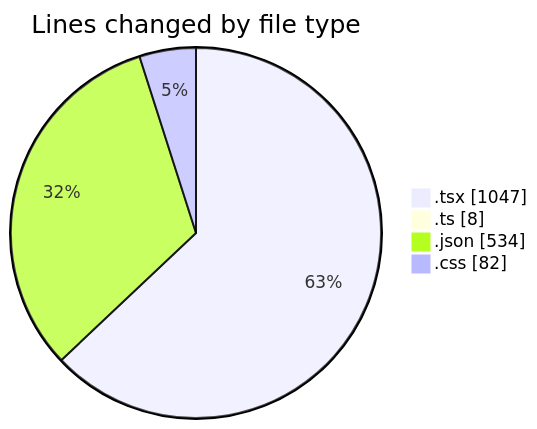
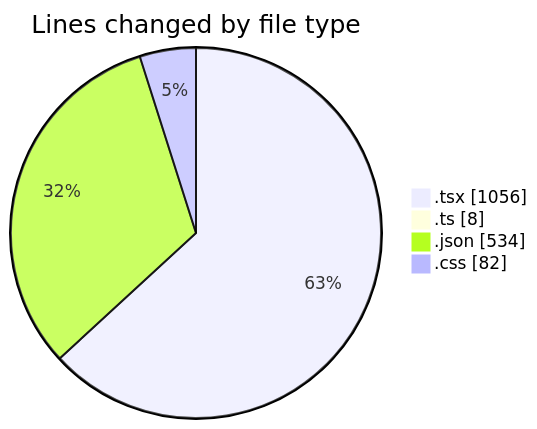
The first of 2 diagrams in 2025-08-02/tw-server/README.md (EIIisD/code-tracking), drawn with Mermaid before and after one commit. The commit also changed other lines of this file and 1 other file, not shown here.

````diff
--- a/2025-08-02/tw-server/README.md
+++ b/2025-08-02/tw-server/README.md
@@ -25,8 +25,8 @@
 ```mermaid
 pie showData
 title Lines changed by file type
-".tsx" : 1047
+".tsx" : 1056
 ".ts" : 8
 ".json" : 534
 ".css" : 82
 ```
````
